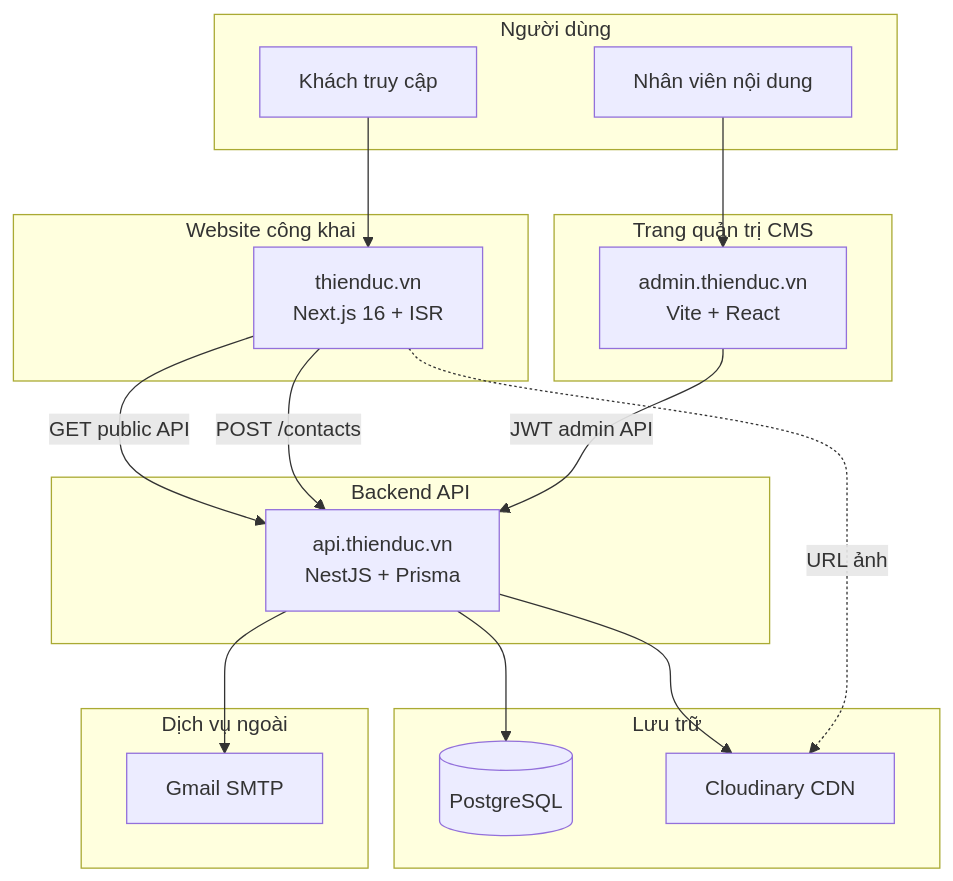
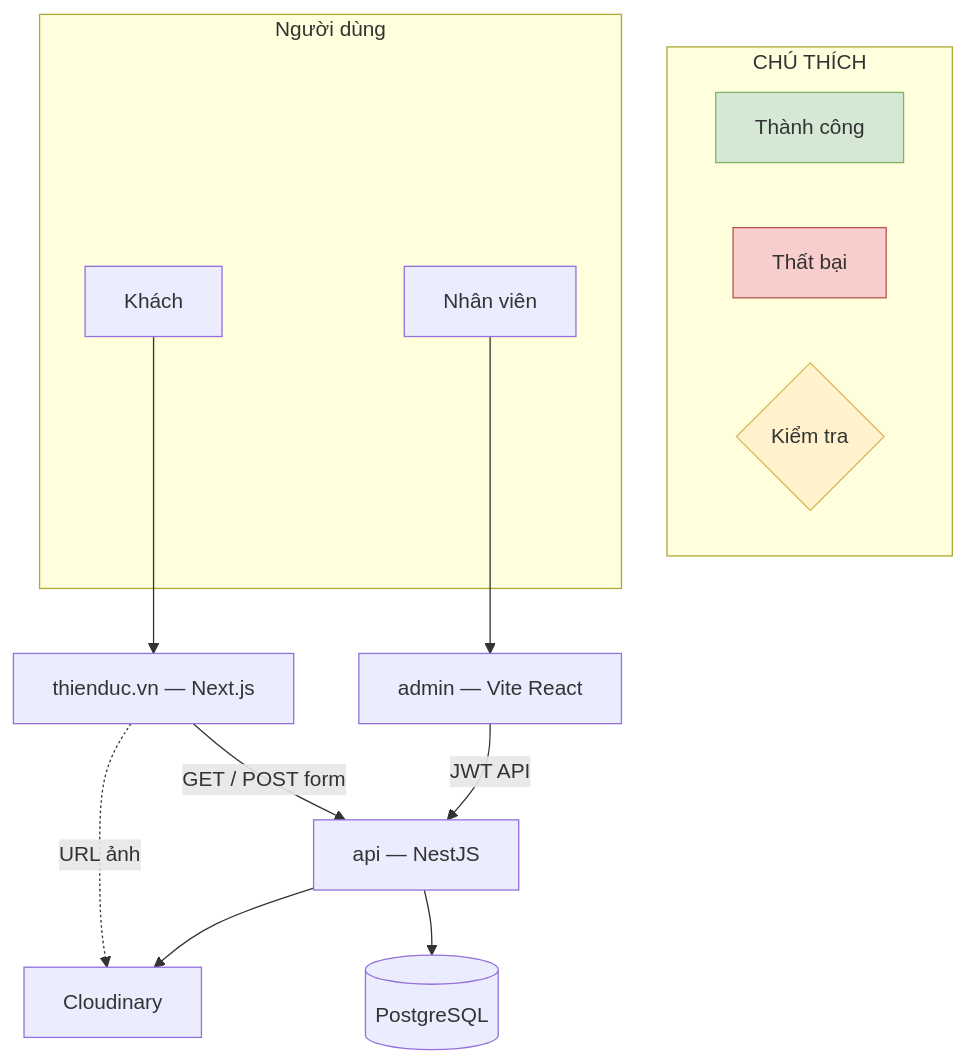
The third of 13 diagrams in docs/Bao-cao-Phuong-an-2-Website-Thien-Duc.md (CESxMidas/thien-duc-website-frontend), drawn with Mermaid before and after one commit. The commit also changed other lines of this file and 23 other files, not shown here.

````diff
--- a/docs/Bao-cao-Phuong-an-2-Website-Thien-Duc.md
+++ b/docs/Bao-cao-Phuong-an-2-Website-Thien-Duc.md
@@ -389,38 +309,32 @@
 ```mermaid
 flowchart TB
-    subgraph users [Người dùng]
-        Guest[Khách truy cập]
-        Staff[Nhân viên nội dung]
+    subgraph legend["CHÚ THÍCH"]
+        direction LR
+        L1[Thành công]
+        L2[Thất bại]
+        L3{Kiểm tra}
     end
 
-    subgraph public [Website công khai]
-        WEB["thienduc.vn<br/>Next.js 16 + ISR"]
+    subgraph users["Người dùng"]
+        Guest[Khách]
+        Staff[Nhân viên]
     end
 
-    subgraph admin [Trang quản trị CMS]
-        ADM["admin.thienduc.vn<br/>Vite + React"]
-    end
-
-    subgraph backend [Backend API]
-        API["api.thienduc.vn<br/>NestJS + Prisma"]
-    end
-
-    subgraph storage [Lưu trữ]
-        DB[(PostgreSQL)]
-        CDN[Cloudinary CDN]
-    end
-
-    subgraph external [Dịch vụ ngoài]
-        GMAIL[Gmail SMTP]
-    end
+    WEB["thienduc.vn — Next.js"]
+    ADM["admin — Vite React"]
+    API["api — NestJS"]
+    DB[(PostgreSQL)]
+    CDN[Cloudinary]
 
     Guest --> WEB
     Staff --> ADM
-    WEB -->|GET public API| API
-    WEB -->|POST /contacts| API
-    ADM -->|JWT admin API| API
+    WEB -->|GET / POST form| API
+    ADM -->|JWT API| API
     API --> DB
     API --> CDN
-    API --> GMAIL
     WEB -.->|URL ảnh| CDN
+
+    style L1 fill:#D5E8D4,stroke:#82B366
+    style L2 fill:#F8CECC,stroke:#B85450
+    style L3 fill:#FFF2CC,stroke:#D6B656
 ```
````
